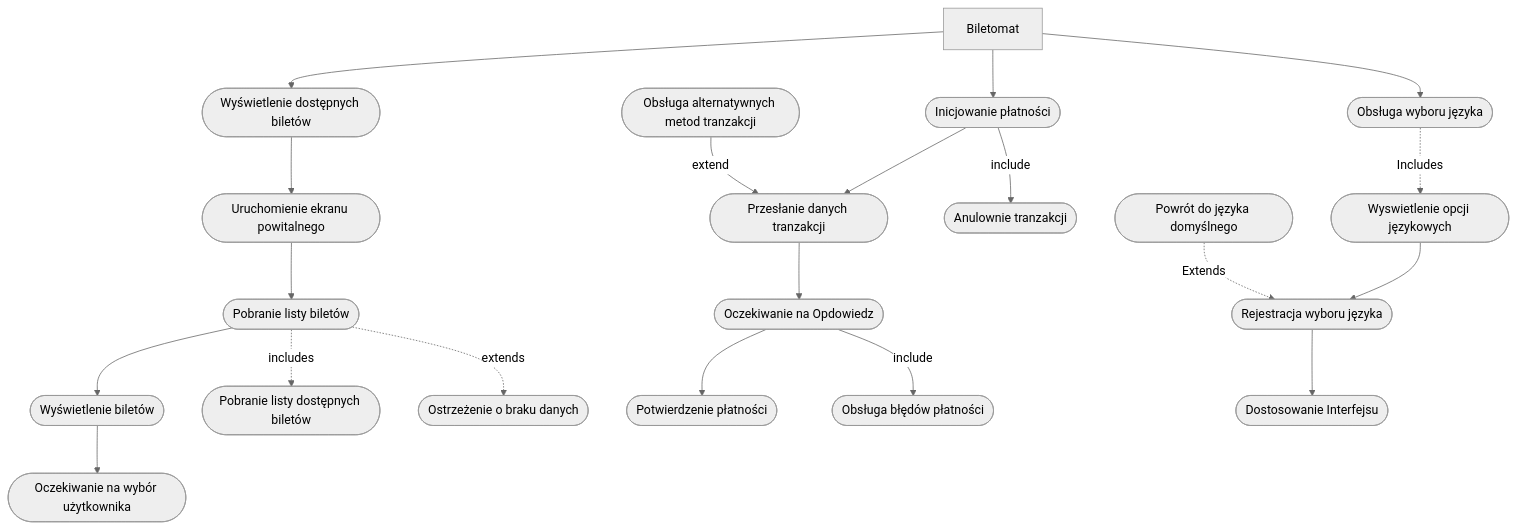
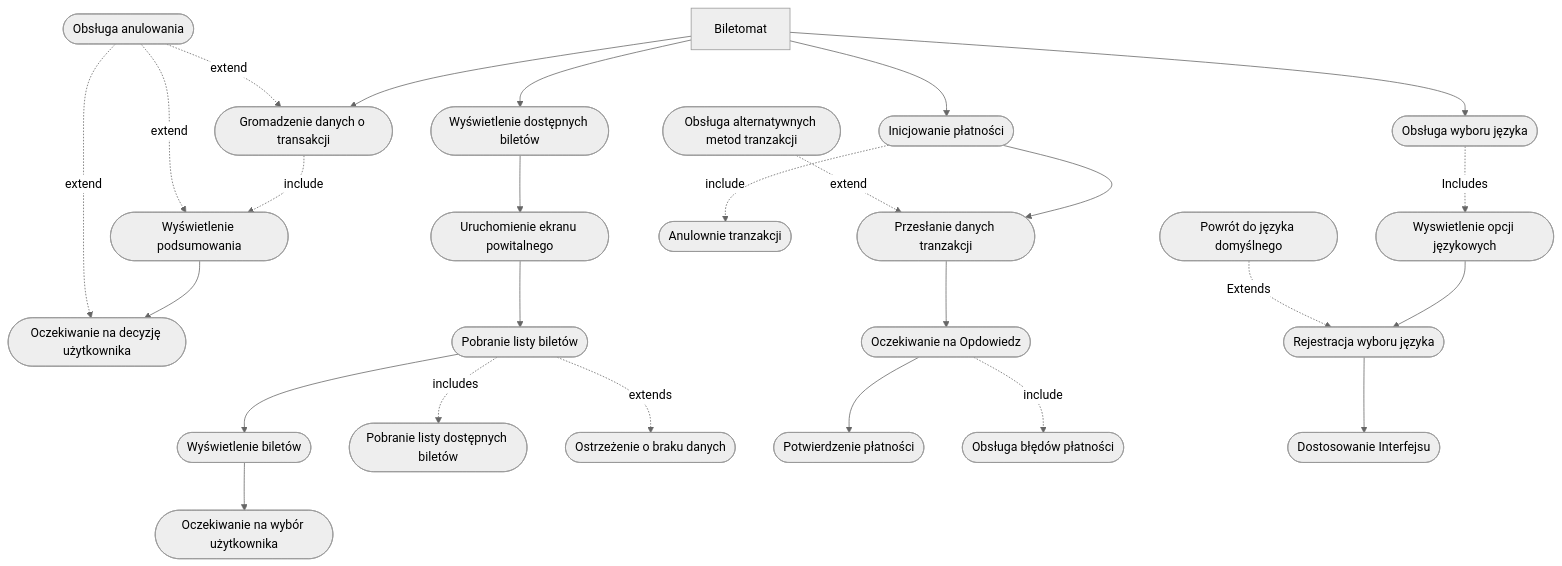
One commit to s3r10us3r/mwo_lab4 changed the fourth of 4 diagrams in biletomat.md. Above: the diagram before and after it, drawn with Mermaid (neutral theme). The commit also changed other lines of this file, not shown here.

Commit message:
biletomat scalony

````diff
--- a/biletomat.md
+++ b/biletomat.md
@@ -49,25 +56,32 @@
 ```mermaid
 flowchart TD
+    Gromadzeniedanychotransakcj(["Gromadzenie danych o transakcji"]) -. include .-> WyświetleniePodsumowania(["Wyświetlenie podsumowania"])
+    WyświetleniePodsumowania --> OczekiwanienaDecyzję(["Oczekiwanie na decyzję użytkownika"])
+    A -->  Gromadzeniedanychotransakcj(["Gromadzenie danych o transakcji"])
+    Obsługaanulowania(["Obsługa anulowania"]) -. extend .->Gromadzeniedanychotransakcj & WyświetleniePodsumowania & OczekiwanienaDecyzję
+
+
+
     A[Biletomat] --> B@{shape: stadium, label: "Wyświetlenie dostępnych biletów"}
     B --> H@{shape: stadium, label: "Uruchomienie ekranu powitalnego"}
     H --> C@{shape: stadium, label: "Pobranie listy biletów"}
     C --> D@{shape: stadium, label: "Wyświetlenie biletów"}
     D --> E@{shape: stadium, label: "Oczekiwanie na wybór użytkownika"}
     C -.includes.-> F@{shape: stadium, label: "Pobranie listy dostępnych biletów"}
     C -.extends.-> G@{shape: stadium, label: "Ostrzeżenie o braku danych"}
 
 
     A --> InicjowaniePłatności(["Inicjowanie płatności"])
     InicjowaniePłatności --> PrzesłanieDanychTranzakcji(["Przesłanie danych tranzakcji"])
     PrzesłanieDanychTranzakcji --> OczekiwanienaOpdowiedz(["Oczekiwanie na Opdowiedz"])
     OczekiwanienaOpdowiedz --> Powtwierdzenie(["Potwierdzenie płatności"])
-    OczekiwanienaOpdowiedz -- include --> ObsługaBłedóPłatności(["Obsługa błędów płatności"])
-    InicjowaniePłatności -- include --> Anulownie(["Anulownie tranzakcji"])
-    Obsługa(["Obsługa alternatywnych metod tranzakcji"]) -- extend --> PrzesłanieDanychTranzakcji
+    OczekiwanienaOpdowiedz -. include .-> ObsługaBłedóPłatności(["Obsługa błędów płatności"])
+    InicjowaniePłatności -. include .-> Anulownie(["Anulownie tranzakcji"])
+    Obsługa(["Obsługa alternatywnych metod tranzakcji"]) -. extend .-> PrzesłanieDanychTranzakcji
 
    A --> B1@{shape: stadium, label: "Obsługa wyboru języka"}
    B1 -.Includes.-> C1@{shape: stadium, label: "Wyswietlenie opcji językowych"}
    C1 --> D1@{shape: stadium, label: "Rejestracja wyboru języka"}
    D1 --> E1@{shape: stadium, label: "Dostosowanie Interfejsu"}
-   H1@{shape: stadium, label: "Powrót do języka domyślnego"} -.Extends.-> D1 
+   H1@{shape: stadium, label: "Powrót do języka domyślnego"} -.Extends.-> D1  
 ```
````
